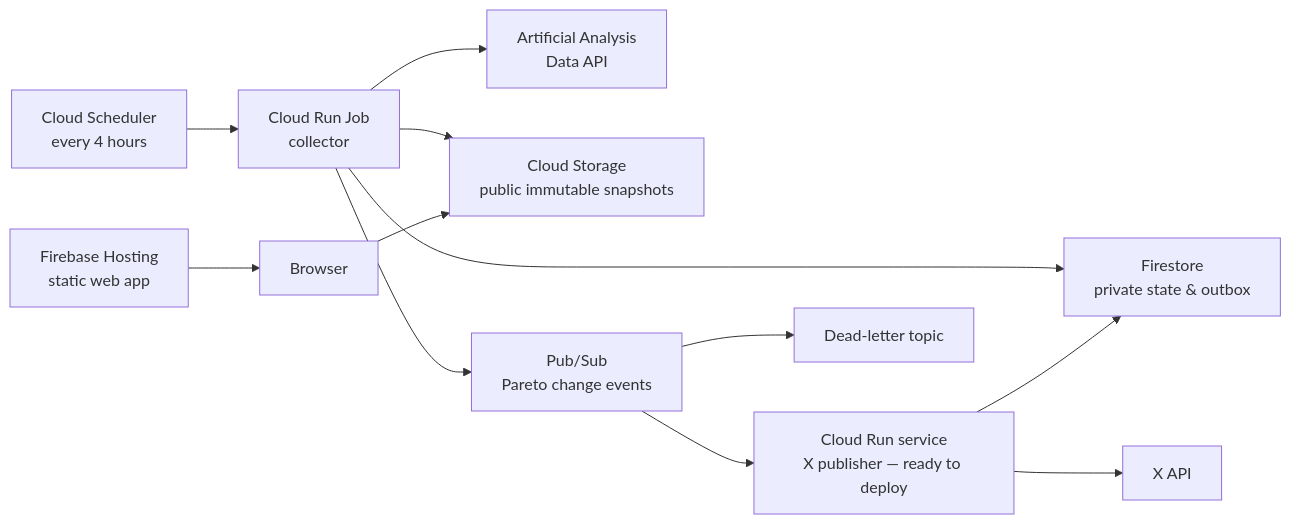
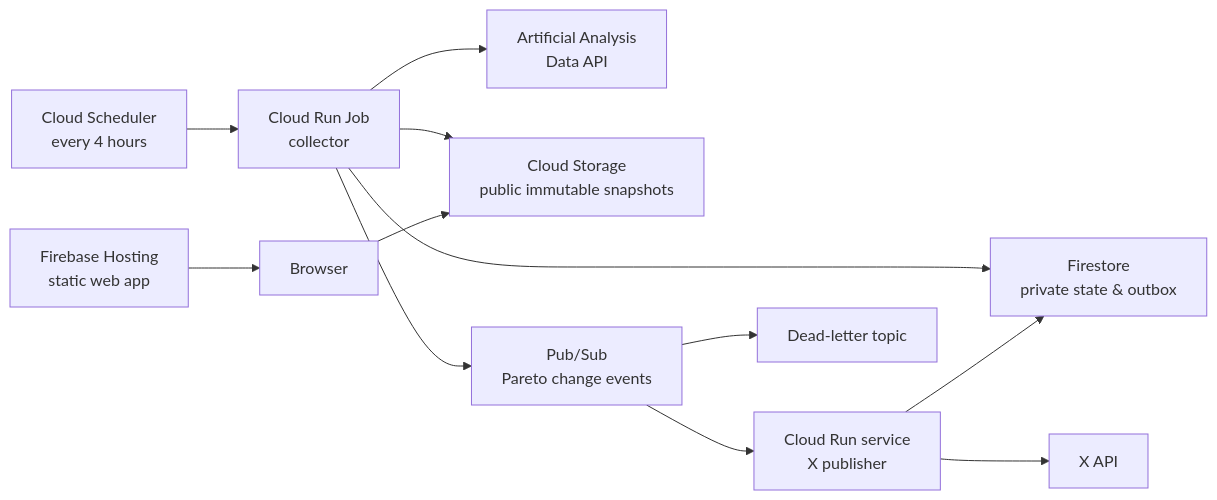
The first of 3 diagrams in README.md (garrese/ai-pareto), drawn with Mermaid before and after one commit. The commit also changed other lines of this file and 1 other file, not shown here.

````diff
--- a/README.md
+++ b/README.md
@@ -57,16 +83,16 @@
 ```mermaid
 flowchart LR
     scheduler["Cloud Scheduler\nevery 4 hours"] --> collector["Cloud Run Job\ncollector"]
     collector --> upstream["Artificial Analysis\nData API"]
     collector --> snapshots["Cloud Storage\npublic immutable snapshots"]
     collector --> firestore["Firestore\nprivate state & outbox"]
     collector --> pubsub["Pub/Sub\nPareto change events"]
 
     hosting["Firebase Hosting\nstatic web app"] --> browser["Browser"]
     browser --> snapshots
 
-    pubsub --> publisher["Cloud Run service\nX publisher — ready to deploy"]
+    pubsub --> publisher["Cloud Run service\nX publisher"]
     publisher --> firestore
     publisher --> xapi["X API"]
     pubsub --> dlq["Dead-letter topic"]
 ```
````
